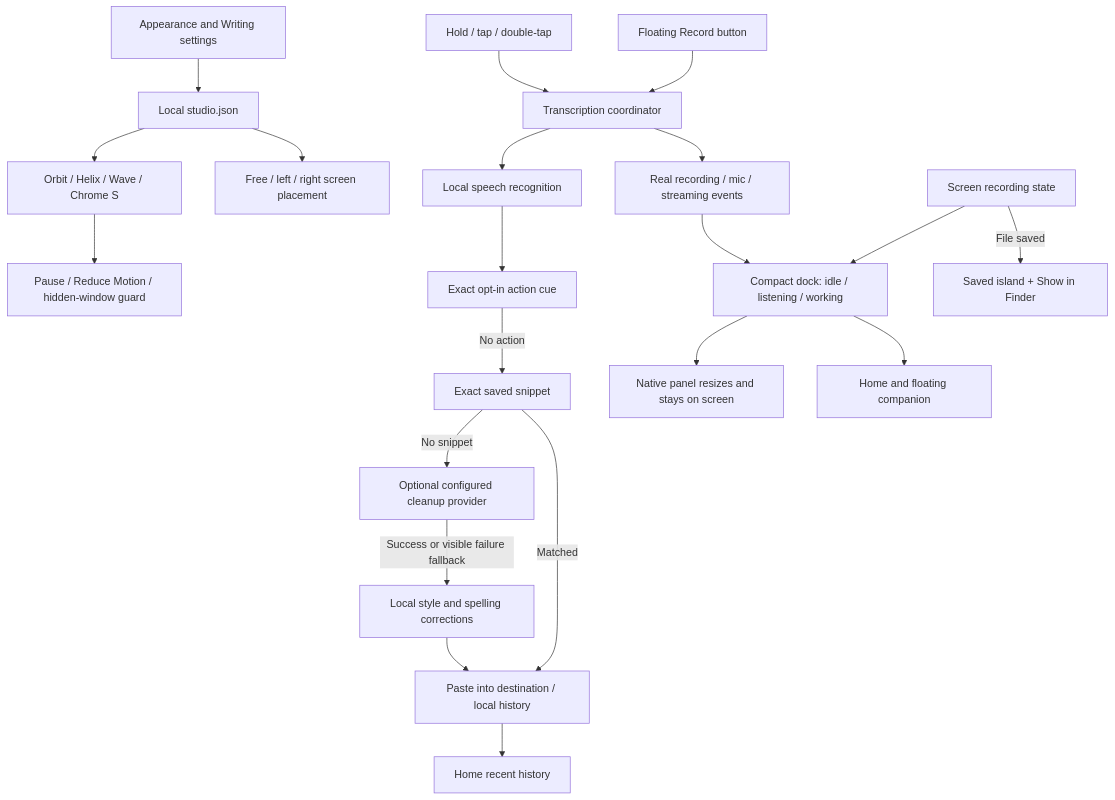
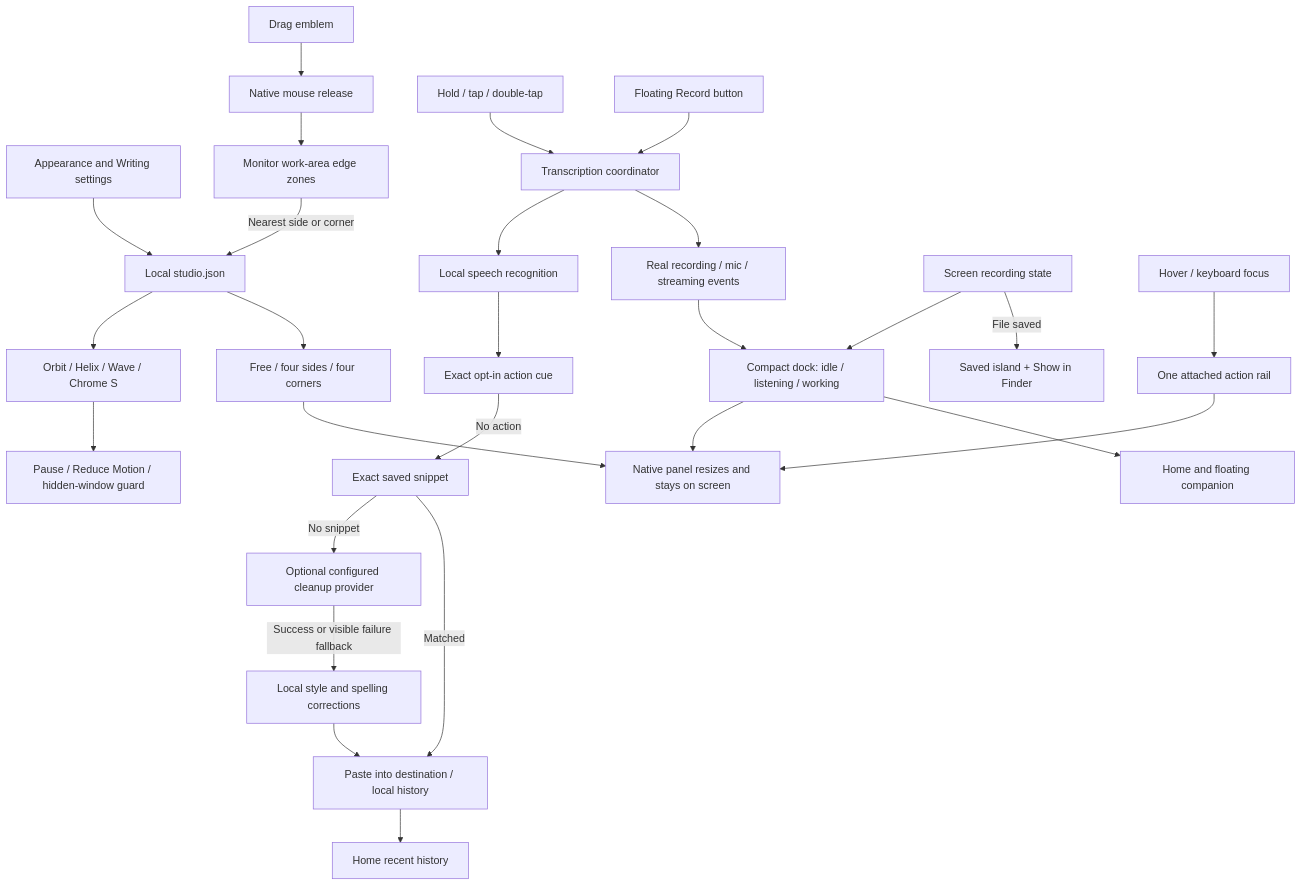
One commit to Dreydrey9000/say-less changed the diagram in docs/diagrams/companion.mmd. Above: the diagram before and after it, drawn with Mermaid. The commit also changed 46 other files, not shown here.

```diff
--- a/docs/diagrams/companion.mmd
+++ b/docs/diagrams/companion.mmd
@@ -1,21 +1,27 @@
 flowchart TD
     Settings[Appearance and Writing settings] --> Store[Local studio.json]
     Store --> Motion[Orbit / Helix / Wave / Chrome S]
     Motion --> Guards[Pause / Reduce Motion / hidden-window guard]
-    Store --> Edge[Free / left / right screen placement]
+    Store --> Edge[Free / four sides / four corners]
+    Drag[Drag emblem] --> Release[Native mouse release]
+    Release --> Magnet[Monitor work-area edge zones]
+    Magnet -->|Nearest side or corner| Store
     Keys[Hold / tap / double-tap] --> Coordinator[Transcription coordinator]
     Dock[Floating Record button] --> Coordinator
     Coordinator --> ASR[Local speech recognition]
     ASR --> Actions[Exact opt-in action cue]
     Actions -->|No action| Snippet[Exact saved snippet]
     Snippet -->|No snippet| AI[Optional configured cleanup provider]
     AI -->|Success or visible failure fallback| Format[Local style and spelling corrections]
     Format --> Paste[Paste into destination / local history]
     Snippet -->|Matched| Paste
     Coordinator --> Events[Real recording / mic / streaming events]
     Events --> Phase[Compact dock: idle / listening / working]
     Screen[Screen recording state] --> Phase
     Screen -->|File saved| Saved[Saved island + Show in Finder]
     Phase --> Window[Native panel resizes and stays on screen]
+    Hover[Hover / keyboard focus] --> Rail[One attached action rail]
+    Rail --> Window
+    Edge --> Window
     Phase --> Home[Home and floating companion]
     Paste --> Recent[Home recent history]
```
